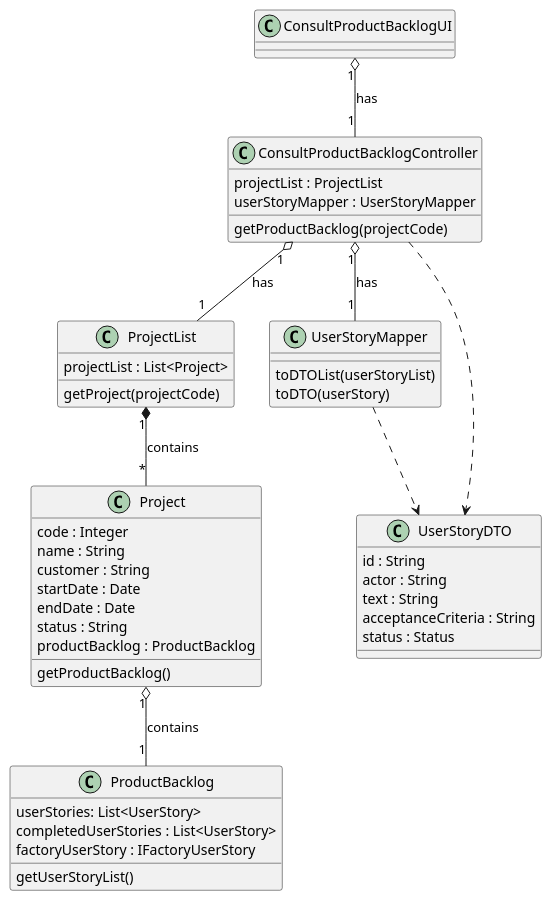
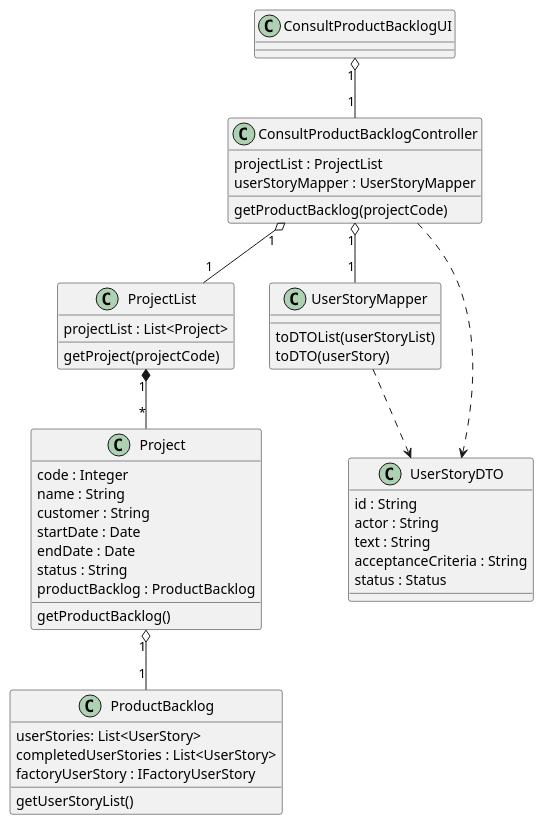
One commit to ivo-menezes/project_g3 changed the diagram in docs/modelling_design/user_stories/us018/US018_ConsultProductBacklogCD.puml. Above: the diagram before and after it, drawn with PlantUML.

Commit message:
US018: Design: Update SD to include autonumber

```diff
--- a/docs/modelling_design/user_stories/us018/US018_ConsultProductBacklogCD.puml
+++ b/docs/modelling_design/user_stories/us018/US018_ConsultProductBacklogCD.puml
@@ -1,54 +1,54 @@
 @startuml
 class ConsultProductBacklogUI {}
 
 class ConsultProductBacklogController {
 projectList : ProjectList
 userStoryMapper : UserStoryMapper
 getProductBacklog(projectCode)
 }
 
 class ProjectList {
 projectList : List<Project>
 getProject(projectCode)
 }
 
 class Project {
 code : Integer
 name : String
 customer : String
 startDate : Date
 endDate : Date
 status : String
 productBacklog : ProductBacklog
 getProductBacklog()
 }
 
 class ProductBacklog {
 userStories: List<UserStory>
 completedUserStories : List<UserStory>
 factoryUserStory : IFactoryUserStory
 getUserStoryList()
 }
 
 class UserStoryMapper{
 toDTOList(userStoryList)
 toDTO(userStory)
 }
 
 class UserStoryDTO {
 id : String
 actor : String
 text : String
 acceptanceCriteria : String
 status : Status
 }
 
-ConsultProductBacklogUI "1" o-- "1" ConsultProductBacklogController : has
-ConsultProductBacklogController "1" o-- "1" ProjectList : has
-ProjectList "1" *-- "*" Project : contains
-Project "1" o-- "1" ProductBacklog : contains
-ConsultProductBacklogController "1" o-- "1" UserStoryMapper : has
+ConsultProductBacklogUI "1" o-- "1" ConsultProductBacklogController
+ConsultProductBacklogController "1" o-- "1" ProjectList
+ProjectList "1" *-- "*" Project
+Project "1" o-- "1" ProductBacklog
+ConsultProductBacklogController "1" o-- "1" UserStoryMapper
 ConsultProductBacklogController ..> UserStoryDTO
 UserStoryMapper ..> UserStoryDTO
 
 @enduml
```
